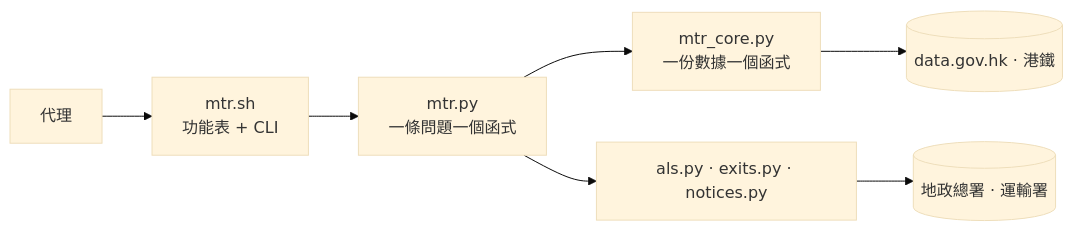
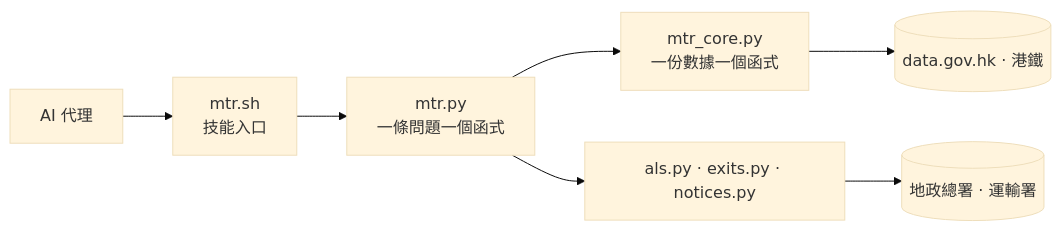
One commit to gnokit/hk-transport changed the diagram in README.zh.md. Above: the diagram before and after it, drawn with Mermaid (base theme). The commit also changed other lines of this file and 5 other files, not shown here.

````diff
--- a/README.zh.md
+++ b/README.zh.md
@@ -105,9 +118,9 @@
 ```mermaid
 graph LR
-  A[代理] --> B[mtr.sh<br/>功能表 + CLI]
+  A[AI 代理] --> B[mtr.sh<br/>技能入口]
   B --> C[mtr.py<br/>一條問題一個函式]
   C --> D[mtr_core.py<br/>一份數據一個函式]
   C --> E[als.py · exits.py · notices.py]
   D --> F[(data.gov.hk · 港鐵)]
   E --> G[(地政總署 · 運輸署)]
 ```
````
